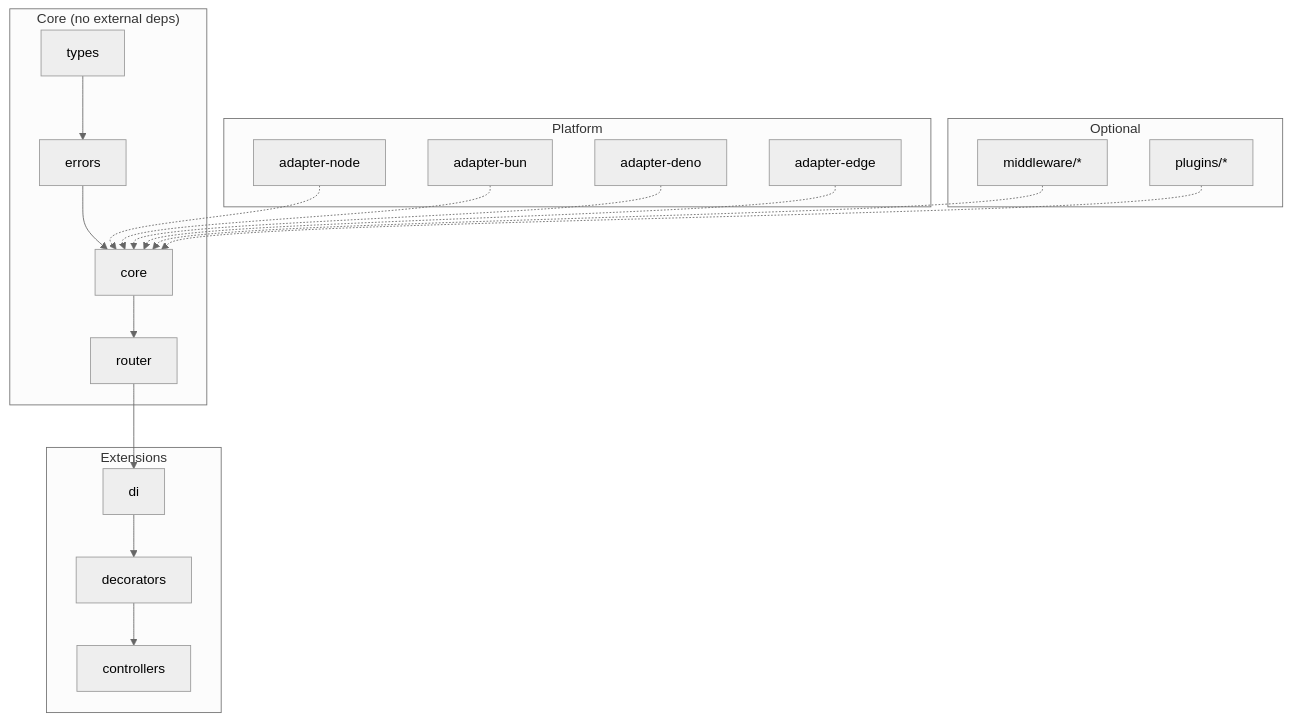
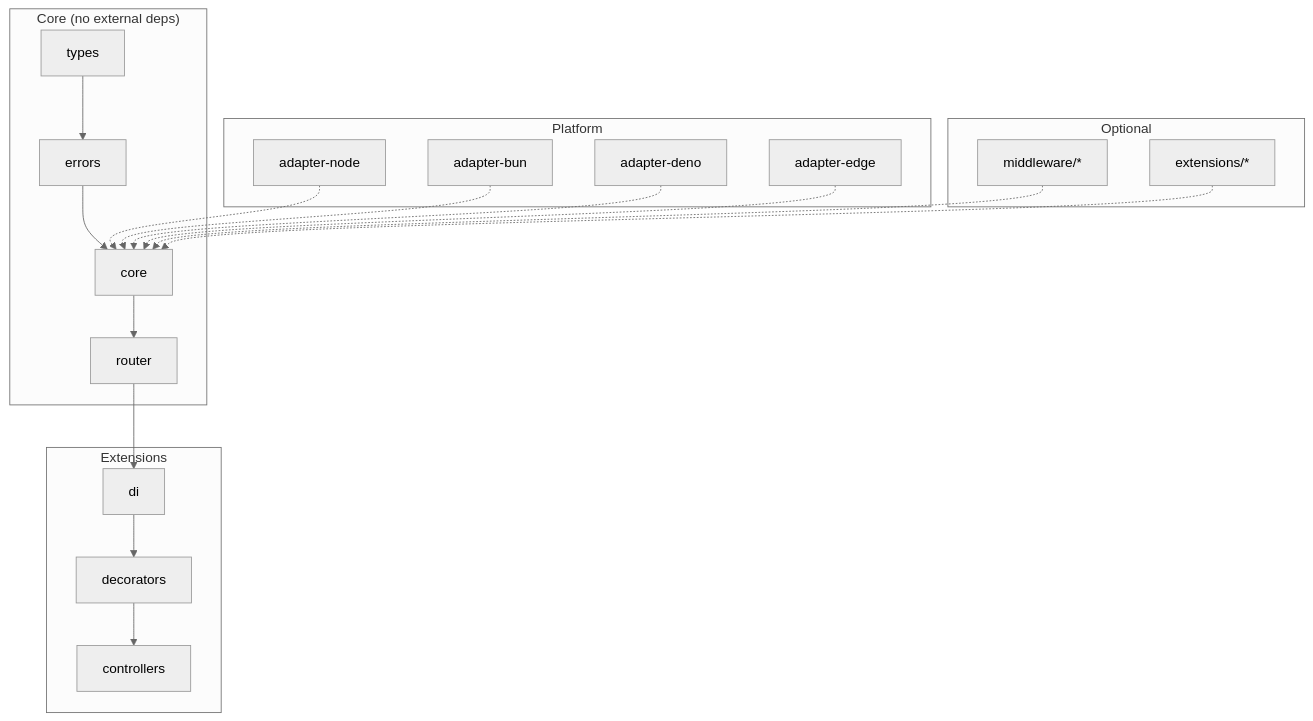
Before and after one commit to 0xTanzim/nextRush: the second of 2 diagrams in wiki/Home.md, drawn with Mermaid (neutral theme). The commit also changed other lines of this file and 67 other files, not shown here.

````diff
--- a/wiki/Home.md
+++ b/wiki/Home.md
@@ -168,36 +168,36 @@
 ```mermaid
 flowchart TB
   subgraph core["Core (no external deps)"]
     T["types"]
     E["errors"]
     C["core"]
     R["router"]
     T --> E --> C --> R
   end
 
   subgraph ext["Extensions"]
     D["di"]
     DEC["decorators"]
     CTRL["controllers"]
     D --> DEC --> CTRL
     R --> D
   end
 
   subgraph platform["Platform"]
     AN["adapter-node"]
     AB["adapter-bun"]
     AD["adapter-deno"]
     AE["adapter-edge"]
     AN -.-> C
     AB -.-> C
     AD -.-> C
     AE -.-> C
   end
 
   subgraph optional["Optional"]
     MW["middleware/*"]
-    PL["plugins/*"]
+    EXT["extensions/*"]
     MW -.-> C
-    PL -.-> C
+    EXT -.-> C
   end
 ```
````
